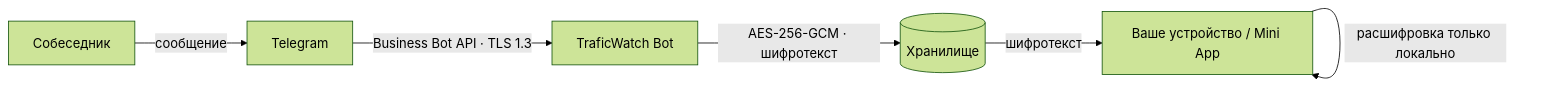
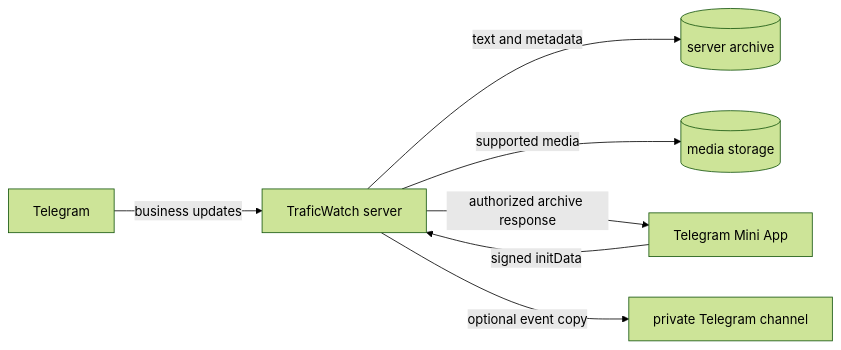
One commit to amfetaminovpwn-lang/traficwatch changed the diagram in README.md. Above: the diagram before and after it, drawn with Mermaid (forest theme). The commit also changed other lines of this file, not shown here.

Commit message:
docs: align TraficWatch claims with verified implementation

````diff
--- a/README.md
+++ b/README.md
@@ -61,9 +48,9 @@
 ```mermaid
 flowchart LR
-    A[Собеседник] -->|сообщение| T[Telegram]
-    T -->|Business Bot API · TLS 1.3| B[TraficWatch Bot]
-    B -->|AES-256-GCM · шифротекст| S[(Хранилище)]
-    U[Ваше устройство / Mini App] -->|Argon2id → ключ| U
-    S -->|шифротекст| U
-    U -->|расшифровка только локально| U
+    T[Telegram] -->|business updates| B[TraficWatch server]
+    B -->|text and metadata| J[(server archive)]
+    B -->|supported media| M[(media storage)]
+    U[Telegram Mini App] -->|signed initData| B
+    B -->|authorized archive response| U
+    B -->|optional event copy| C[private Telegram channel]
 ```
````
